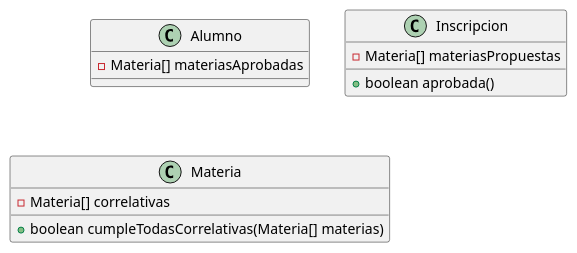
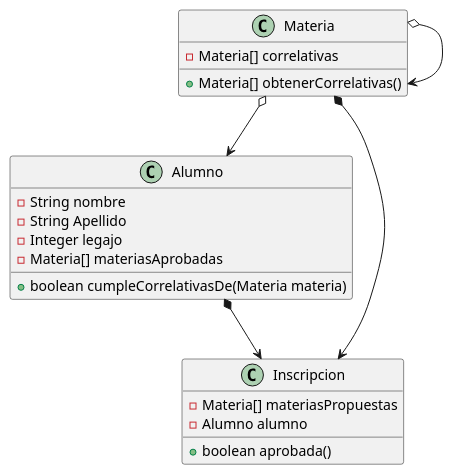
One commit to zhl27/DDSI-ej-validador-de-correlatividades changed the diagram in src/main/java/diagrama de clase.puml. Above: the diagram before and after it, drawn with PlantUML. The commit also changed 4 other files, not shown here.

```diff
--- a/src/main/java/diagrama de clase.puml
+++ b/src/main/java/diagrama de clase.puml
@@ -1,20 +1,29 @@
 @startuml
 'https://plantuml.com/class-diagram
 
 class Alumno {
+    - String nombre
+    - String Apellido
+    - Integer legajo
     - Materia[] materiasAprobadas
-
-
+    + boolean cumpleCorrelativasDe(Materia materia)
 }
 
 class Inscripcion {
     - Materia[] materiasPropuestas
+    - Alumno alumno
     + boolean aprobada()
 }
 
 class Materia {
     - Materia[] correlativas
-    + boolean cumpleTodasCorrelativas(Materia[] materias)
+    + Materia[] obtenerCorrelativas()
 }
 
+
+Materia *--> Inscripcion
+Alumno *--> Inscripcion
+Materia o--> Alumno
+Materia o--> Materia
+
 @enduml
```
